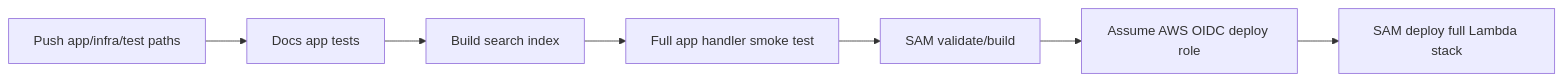
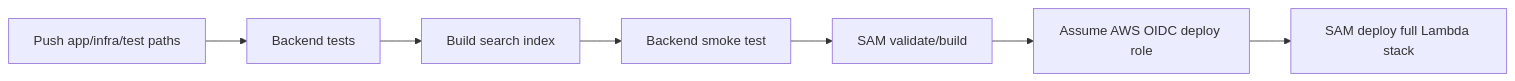
The fifth of 6 diagrams in docs/architecture.md (DataTalksClub/dataops), drawn with Mermaid before and after one commit. The commit also changed other lines of this file and 294 other files, not shown here.

````diff
--- a/docs/architecture.md
+++ b/docs/architecture.md
@@ -143,9 +144,9 @@
 ```mermaid
 flowchart LR
-  CodePush[Push app/infra/test paths] --> Tests[Docs app tests]
+  CodePush[Push app/infra/test paths] --> Tests[Backend tests]
   Tests --> IndexCheck[Build search index]
-  IndexCheck --> HandlerSmoke[Full app handler smoke test]
+  IndexCheck --> HandlerSmoke[Backend smoke test]
   HandlerSmoke --> SamValidate[SAM validate/build]
   SamValidate --> OIDC[Assume AWS OIDC deploy role]
   OIDC --> Deploy[SAM deploy full Lambda stack]
 ```
````
